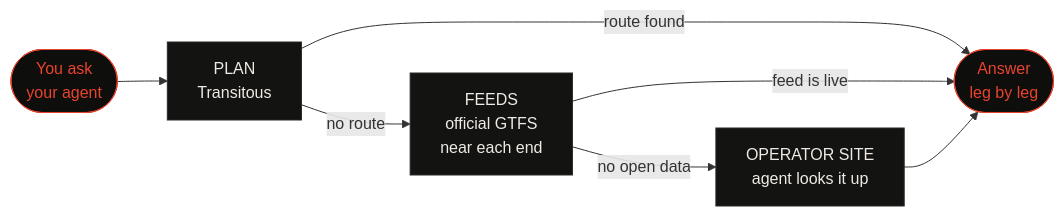
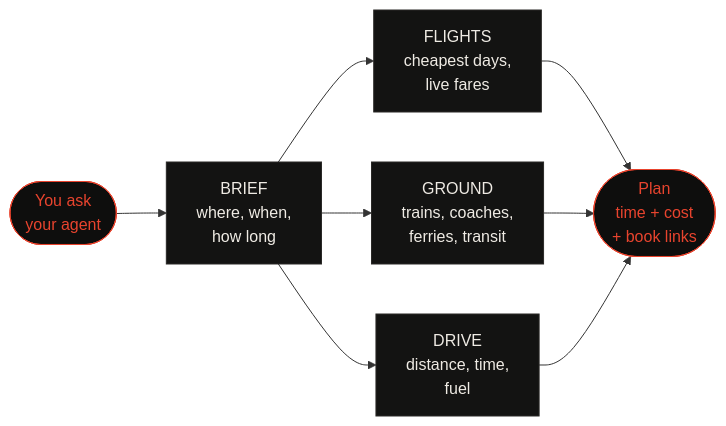
Before and after one commit to Bestdoom20/bc-transit: the diagram in README.md, drawn with Mermaid. The commit also changed other lines of this file and 10 other files, not shown here.

````diff
--- a/README.md
+++ b/README.md
@@ -36,13 +38,14 @@
 ```mermaid
 flowchart LR
-    Q([You ask<br/>your agent]) --> P[PLAN<br/>Transitous]
-    P -->|route found| A([Answer<br/>leg by leg])
-    P -->|no route| F[FEEDS<br/>official GTFS<br/>near each end]
-    F -->|feed is live| A
-    F -->|no open data| W[OPERATOR SITE<br/>agent looks it up]
-    W --> A
+    Q([You ask<br/>your agent]) --> B[BRIEF<br/>where, when,<br/>how long]
+    B --> F[FLIGHTS<br/>cheapest days,<br/>live fares]
+    B --> G[GROUND<br/>trains, coaches,<br/>ferries, transit]
+    B --> D[DRIVE<br/>distance, time,<br/>fuel]
+    F --> P([Plan<br/>time + cost<br/>+ book links])
+    G --> P
+    D --> P
     classDef you fill:#0e0e0d,stroke:#e8442e,color:#e8442e
     classDef step fill:#131312,stroke:#2a2927,color:#efebe4
-    class Q,A you
-    class P,F,W step
+    class Q,P you
+    class B,F,G,D step
 ```
````
